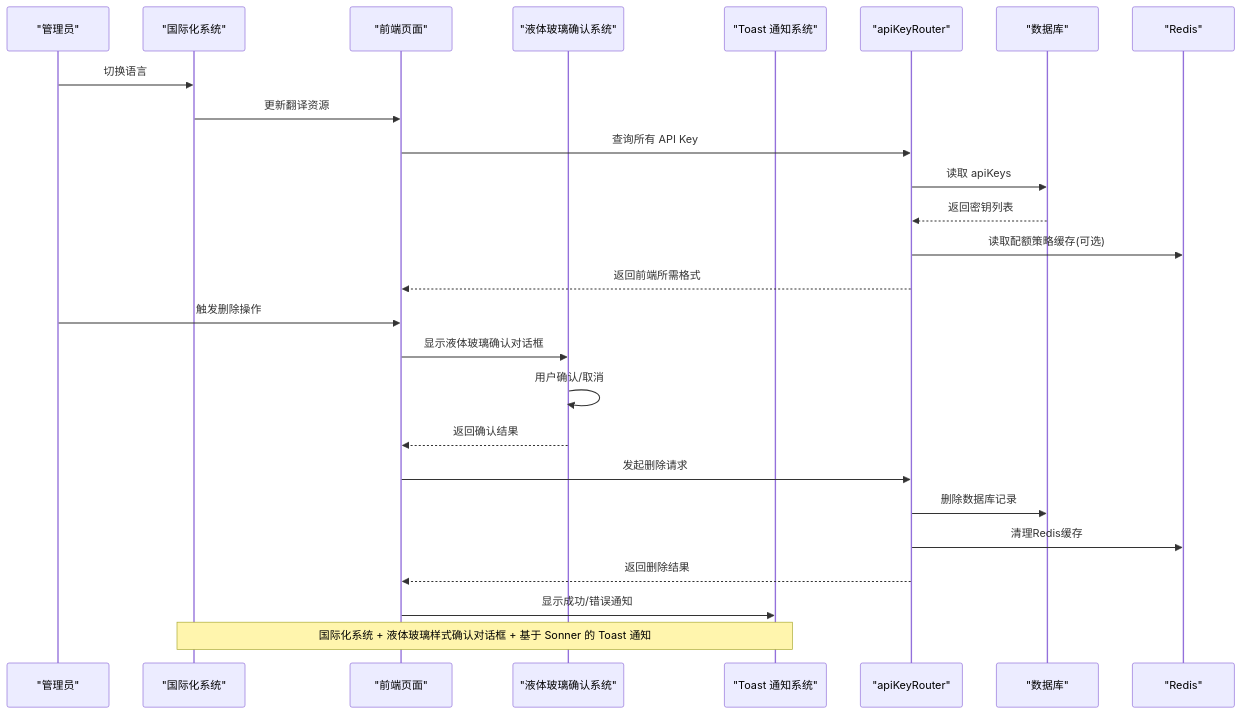
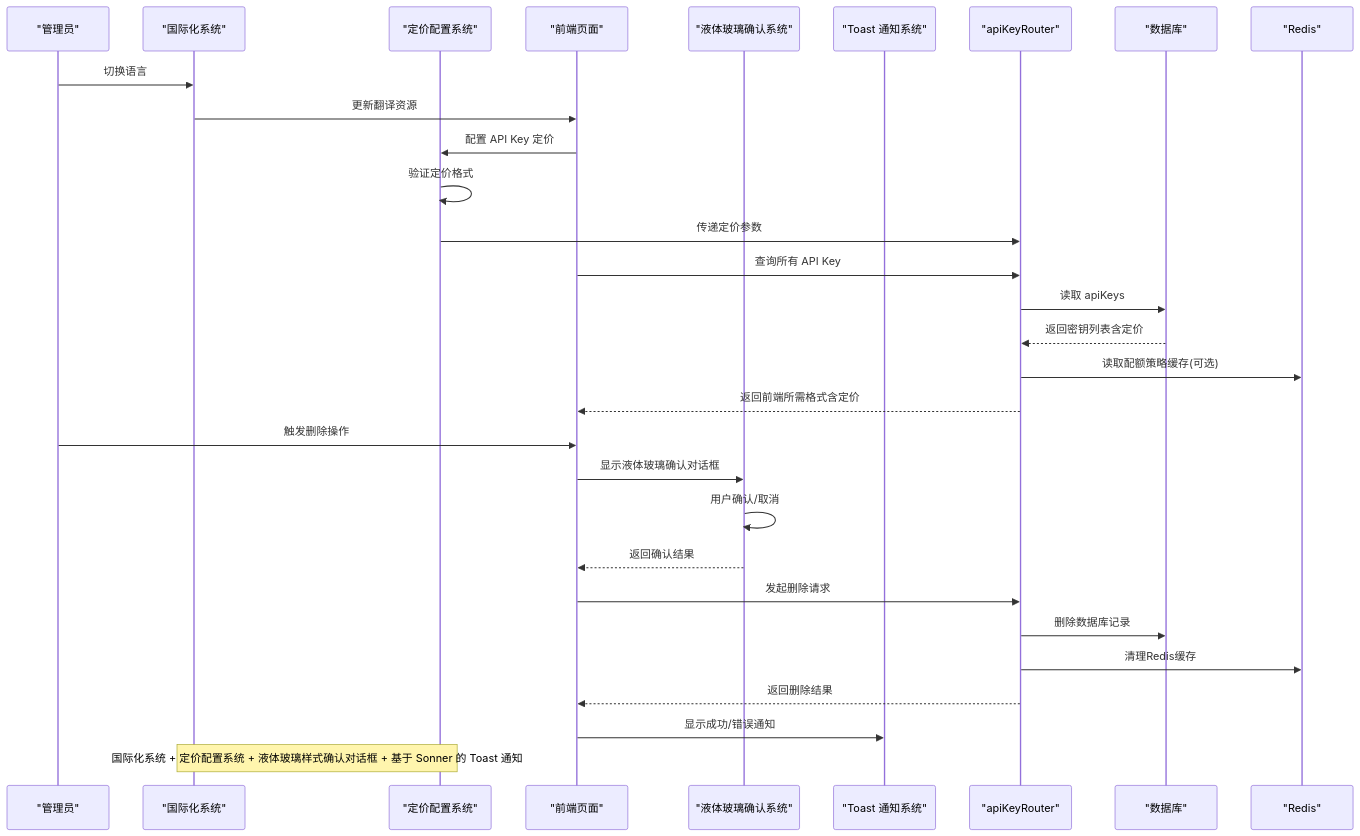
Before and after one commit to RadiumAg/AIGate: the second of 10 diagrams in .qoder/repowiki/zh/content/核心功能/API Key 管理.md, drawn with Mermaid. The commit also changed other lines of this file and 7 other files, not shown here.

````diff
--- a/.qoder/repowiki/zh/content/核心功能/API Key 管理.md
+++ b/.qoder/repowiki/zh/content/核心功能/API Key 管理.md
@@ -146,28 +157,32 @@
 ```mermaid
 sequenceDiagram
 participant Admin as "管理员"
 participant I18n as "国际化系统"
+participant Pricing as "定价配置系统"
 participant UI as "前端页面"
 participant Confirm as "液体玻璃确认系统"
 participant Toast as "Toast 通知系统"
 participant API as "apiKeyRouter"
 participant DB as "数据库"
 participant Cache as "Redis"
 Admin->>I18n : 切换语言
 I18n->>UI : 更新翻译资源
+UI->>Pricing : 配置 API Key 定价
+Pricing->>Pricing : 验证定价格式
+Pricing->>API : 传递定价参数
 UI->>API : 查询所有 API Key
 API->>DB : 读取 apiKeys
-DB-->>API : 返回密钥列表
+DB-->>API : 返回密钥列表含定价
 API->>Cache : 读取配额策略缓存(可选)
-API-->>UI : 返回前端所需格式
+API-->>UI : 返回前端所需格式含定价
 Admin->>UI : 触发删除操作
 UI->>Confirm : 显示液体玻璃确认对话框
 Confirm->>Confirm : 用户确认/取消
 Confirm-->>UI : 返回确认结果
 UI->>API : 发起删除请求
 API->>DB : 删除数据库记录
 API->>Cache : 清理Redis缓存
 API-->>UI : 返回删除结果
 UI->>Toast : 显示成功/错误通知
-Note over I18n,Toast : 国际化系统 + 液体玻璃样式确认对话框 + 基于 Sonner 的 Toast 通知
+Note over I18n,Pricing : 国际化系统 + 定价配置系统 + 液体玻璃样式确认对话框 + 基于 Sonner 的 Toast 通知
 ```
````
